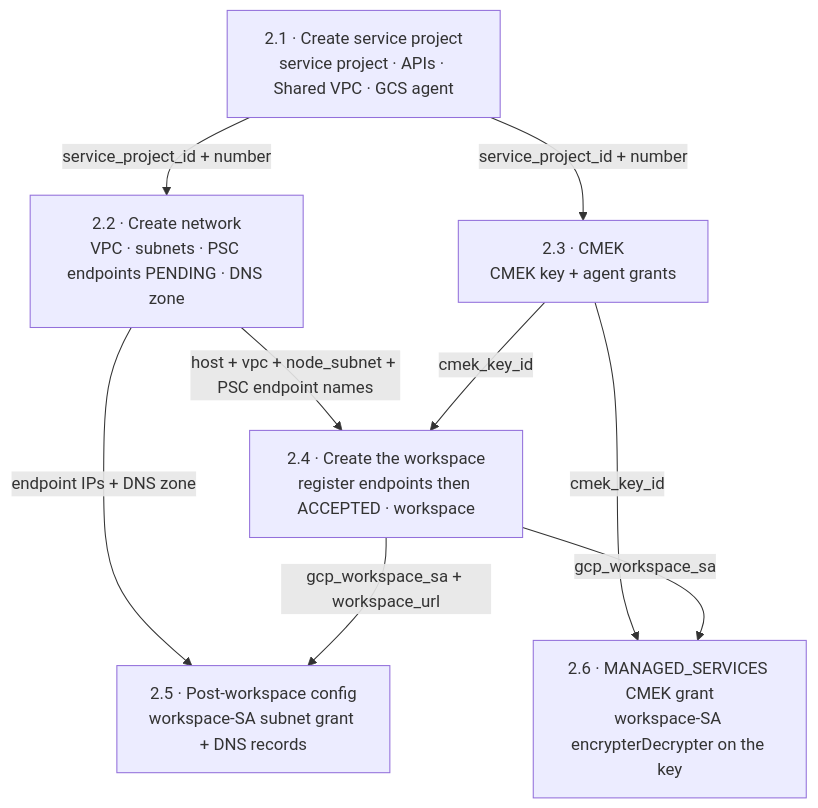
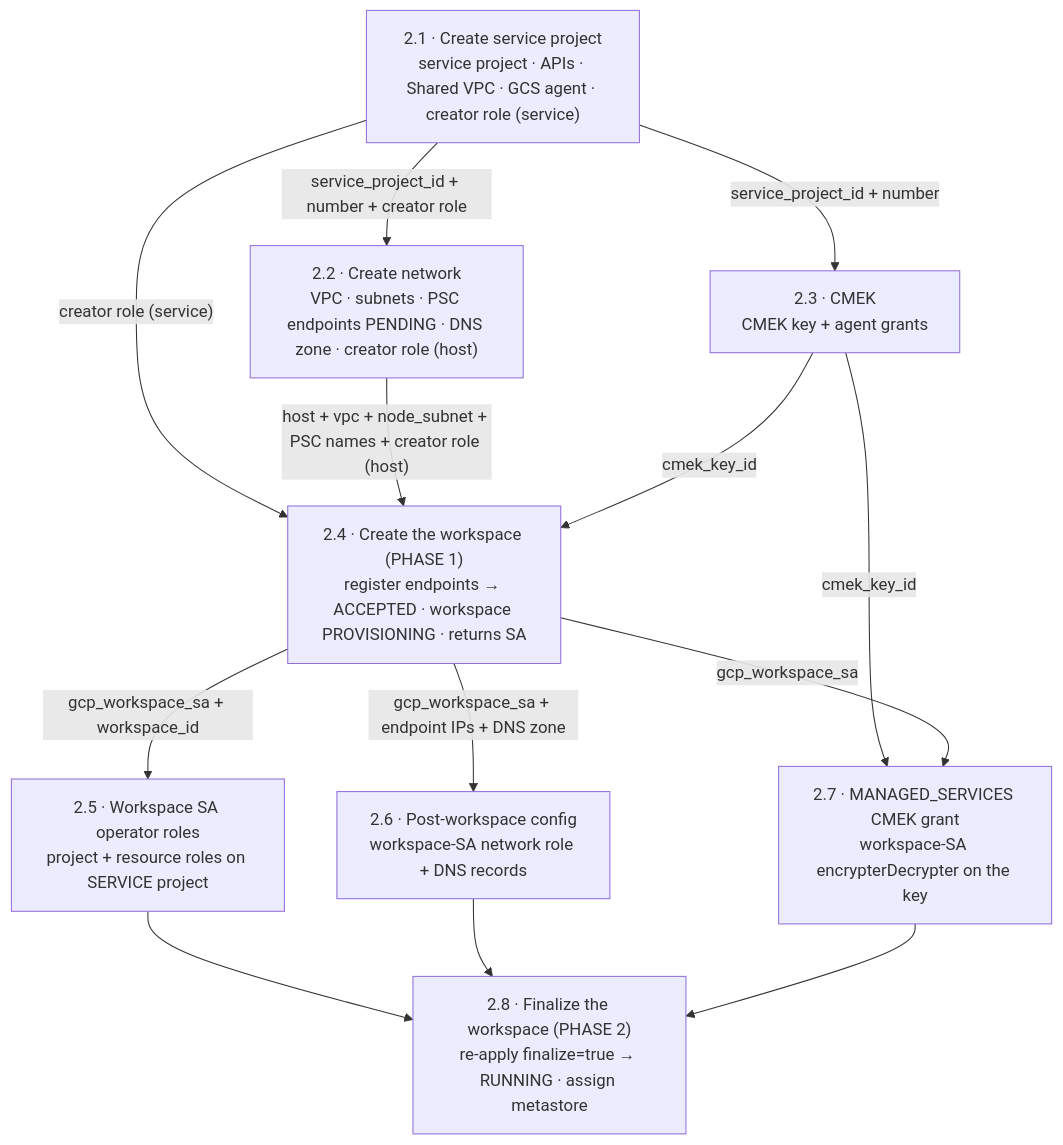
One commit to klevisa/shared-vpc-cmk-psc-databricks-deployment changed the diagram in workspace-setup/README.md. Above: the diagram before and after it, drawn with Mermaid. The commit also changed other lines of this file and 36 other files, not shown here.

First line of the commit message:
Fix GCP workspace setup to the least-privilege two-phase flow

````diff
--- a/workspace-setup/README.md
+++ b/workspace-setup/README.md
@@ -72,18 +95,24 @@
 ```mermaid
 flowchart TB
-    P0["2.1 · Create service project<br/>service project · APIs · Shared VPC · GCS agent"]
-    P1["2.2 · Create network<br/>VPC · subnets · PSC endpoints PENDING · DNS zone"]
+    P0["2.1 · Create service project<br/>service project · APIs · Shared VPC · GCS agent · creator role (service)"]
+    P1["2.2 · Create network<br/>VPC · subnets · PSC endpoints PENDING · DNS zone · creator role (host)"]
     P2["2.3 · CMEK<br/>CMEK key + agent grants"]
-    P3["2.4 · Create the workspace<br/>register endpoints then ACCEPTED · workspace"]
-    P4["2.5 · Post-workspace config<br/>workspace-SA subnet grant + DNS records"]
-    P5["2.6 · MANAGED_SERVICES CMEK grant<br/>workspace-SA encrypterDecrypter on the key"]
+    P3["2.4 · Create the workspace (PHASE 1)<br/>register endpoints → ACCEPTED · workspace PROVISIONING · returns SA"]
+    P4["2.5 · Workspace SA operator roles<br/>project + resource roles on SERVICE project"]
+    P5["2.6 · Post-workspace config<br/>workspace-SA network role + DNS records"]
+    P6["2.7 · MANAGED_SERVICES CMEK grant<br/>workspace-SA encrypterDecrypter on the key"]
+    P7["2.8 · Finalize the workspace (PHASE 2)<br/>re-apply finalize=true → RUNNING · assign metastore"]
 
-    P0 -->|"service_project_id + number"| P1
+    P0 -->|"service_project_id + number + creator role"| P1
     P0 -->|"service_project_id + number"| P2
-    P1 -->|"host + vpc + node_subnet + PSC endpoint names"| P3
+    P0 -->|"creator role (service)"| P3
+    P1 -->|"host + vpc + node_subnet + PSC names + creator role (host)"| P3
     P2 -->|"cmek_key_id"| P3
-    P1 -->|"endpoint IPs + DNS zone"| P4
-    P3 -->|"gcp_workspace_sa + workspace_url"| P4
-    P2 -->|"cmek_key_id"| P5
-    P3 -->|"gcp_workspace_sa"| P5
+    P3 -->|"gcp_workspace_sa + workspace_id"| P4
+    P3 -->|"gcp_workspace_sa + endpoint IPs + DNS zone"| P5
+    P2 -->|"cmek_key_id"| P6
+    P3 -->|"gcp_workspace_sa"| P6
+    P4 --> P7
+    P5 --> P7
+    P6 --> P7
 ```
````
